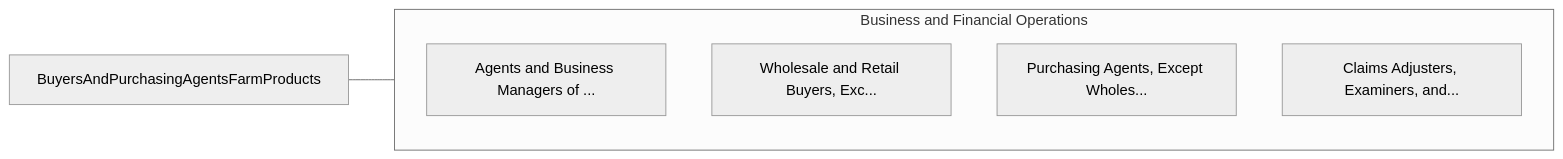
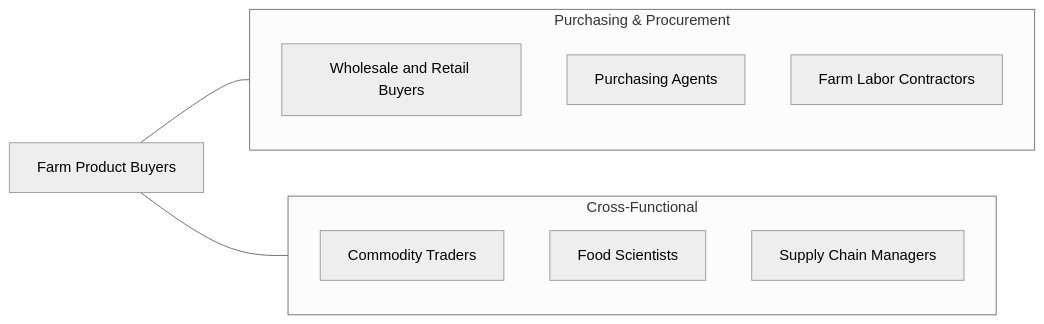
The fourth of 4 diagrams in occupations/Business/BuyersAndPurchasingAgentsFarmProducts.mdx (kziemski/business.org.ai), drawn with Mermaid (neutral theme) before and after one commit. The commit also changed other lines of this file and 938 other files, not shown here.

````diff
--- a/occupations/Business/BuyersAndPurchasingAgentsFarmProducts.mdx
+++ b/occupations/Business/BuyersAndPurchasingAgentsFarmProducts.mdx
@@ -93,13 +182,19 @@
 ```mermaid
 graph LR
-    Current["BuyersAndPurchasingAgentsFarmProducts"]
+    FPB["Farm Product Buyers"]
 
-    subgraph SameCategory["Business and Financial Operations"]
-        AgentsAndBusinessMan["Agents and Business Managers of ..."]
-        WholesaleAndRetailBu["Wholesale and Retail Buyers, Exc..."]
-        PurchasingAgentsExce["Purchasing Agents, Except Wholes..."]
-        ClaimsAdjustersExami["Claims Adjusters, Examiners, and..."]
+    subgraph SameCategory["Purchasing & Procurement"]
+        WRB["Wholesale and Retail Buyers"]
+        PA["Purchasing Agents"]
+        FLC["Farm Labor Contractors"]
     end
 
-    Current --- SameCategory
+    subgraph CrossFunctional["Cross-Functional"]
+        CT["Commodity Traders"]
+        FI["Food Scientists"]
+        SCM["Supply Chain Managers"]
+    end
+
+    FPB --- SameCategory
+    FPB --- CrossFunctional
 ```
````
